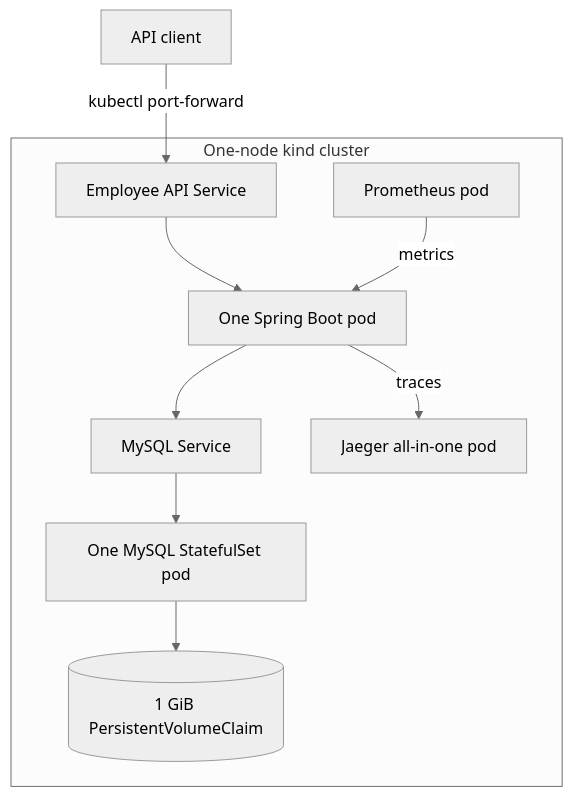
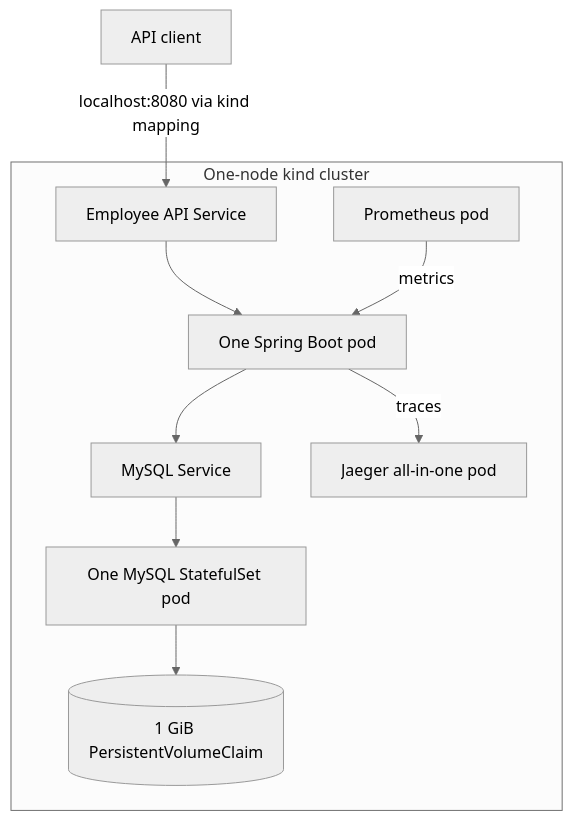
One commit to ManjariRathore/Employee changed the third of 5 diagrams in docs/ARCHITECTURE.md. Above: the diagram before and after it, drawn with Mermaid (neutral theme). The commit also changed other lines of this file and 42 other files, not shown here.

````diff
--- a/docs/ARCHITECTURE.md
+++ b/docs/ARCHITECTURE.md
@@ -79,22 +79,22 @@
 ```mermaid
 flowchart TB
     Client[API client]
 
     subgraph Kind[One-node kind cluster]
         AppService[Employee API Service]
         App[One Spring Boot pod]
         MySQLService[MySQL Service]
         MySQL[One MySQL StatefulSet pod]
         Volume[(1 GiB PersistentVolumeClaim)]
         Prometheus[Prometheus pod]
         Jaeger[Jaeger all-in-one pod]
     end
 
-    Client -->|kubectl port-forward| AppService
+    Client -->|localhost:8080 via kind mapping| AppService
     AppService --> App
     App --> MySQLService
     MySQLService --> MySQL
     MySQL --> Volume
     Prometheus -->|metrics| App
     App -->|traces| Jaeger
 ```
````
